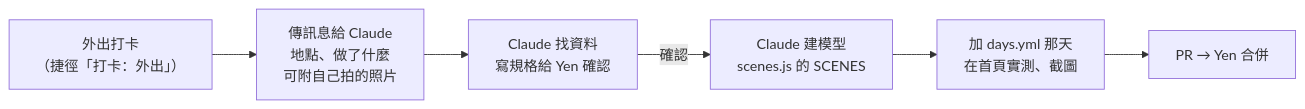
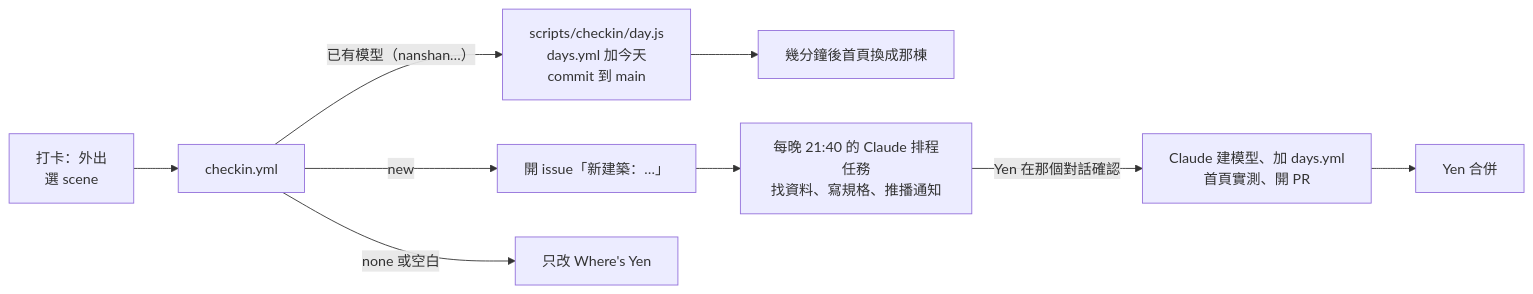
One commit to laiyenju/laiyenju.github.io changed the fifth of 5 diagrams in README.md. Above: the diagram before and after it, drawn with Mermaid. The commit also changed other lines of this file and 3 other files, not shown here.

````diff
--- a/README.md
+++ b/README.md
@@ -381,8 +382,11 @@
 ```mermaid
 flowchart LR
-  A["外出打卡<br/>（捷徑「打卡：外出」）"] --> B["傳訊息給 Claude<br/>地點、做了什麼<br/>可附自己拍的照片"]
-  B --> C["Claude 找資料<br/>寫規格給 Yen 確認"]
-  C -- "確認" --> D["Claude 建模型<br/>scenes.js 的 SCENES"]
-  D --> E["加 days.yml 那天<br/>在首頁實測、截圖"]
-  E --> F["PR → Yen 合併"]
+  A["打卡：外出<br/>選 scene"] --> W["checkin.yml"]
+  W -- "已有模型（nanshan…）" --> D["scripts/checkin/day.js<br/>days.yml 加今天<br/>commit 到 main"]
+  D --> H["幾分鐘後首頁換成那棟"]
+  W -- "new" --> I["開 issue「新建築：…」"]
+  I --> N["每晚 21:40 的 Claude 排程任務<br/>找資料、寫規格、推播通知"]
+  N -- "Yen 在那個對話確認" --> M["Claude 建模型、加 days.yml<br/>首頁實測、開 PR"]
+  M --> F["Yen 合併"]
+  W -- "none 或空白" --> X["只改 Where's Yen"]
 ```
````
